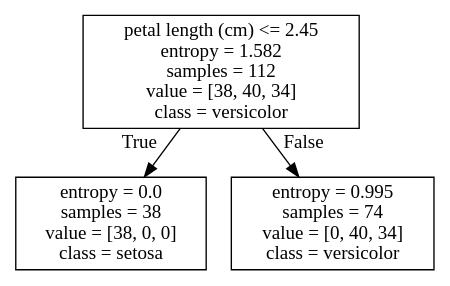
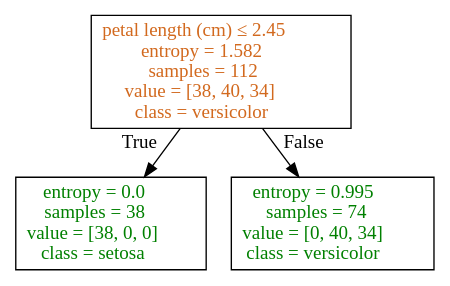
The diagram in Sklearn/DecisionTrees/Graphviz_Dot_Examples/iris_depth1_entropy_decisionTree.dot (mGalarnyk/Python_Tutorials), drawn with Graphviz before and after one commit. The commit also changed 8 other files, not shown here.

```diff
--- a/Sklearn/DecisionTrees/Graphviz_Dot_Examples/iris_depth1_entropy_decisionTree.dot
+++ b/Sklearn/DecisionTrees/Graphviz_Dot_Examples/iris_depth1_entropy_decisionTree.dot
@@ -1,8 +1,8 @@
 digraph Tree {
-node [shape=box] ;
-0 [label="petal length (cm) <= 2.45\nentropy = 1.582\nsamples = 112\nvalue = [38, 40, 34]\nclass = versicolor"] ;
-1 [label="entropy = 0.0\nsamples = 38\nvalue = [38, 0, 0]\nclass = setosa"] ;
+node [shape=box, style=filled,fillcolor="#FFFFFF"] ;
+0 [label=<<FONT COLOR="#D2691E">petal length (cm) &le; 2.45<br/>entropy = 1.582<br/>samples = 112<br/>value = [38, 40, 34]<br/>class = versicolor</FONT>>] ;
+1 [label=<<FONT COLOR="#008000">entropy = 0.0<br/>samples = 38<br/>value = [38, 0, 0]<br/>class = setosa</FONT>>] ;
 0 -> 1 [labeldistance=2.5, labelangle=45, headlabel="True"] ;
-2 [label="entropy = 0.995\nsamples = 74\nvalue = [0, 40, 34]\nclass = versicolor"] ;
+2 [label=<<FONT COLOR="#008000">entropy = 0.995<br/>samples = 74<br/>value = [0, 40, 34]<br/>class = versicolor</FONT>>] ;
 0 -> 2 [labeldistance=2.5, labelangle=-45, headlabel="False"] ;
 }
```
